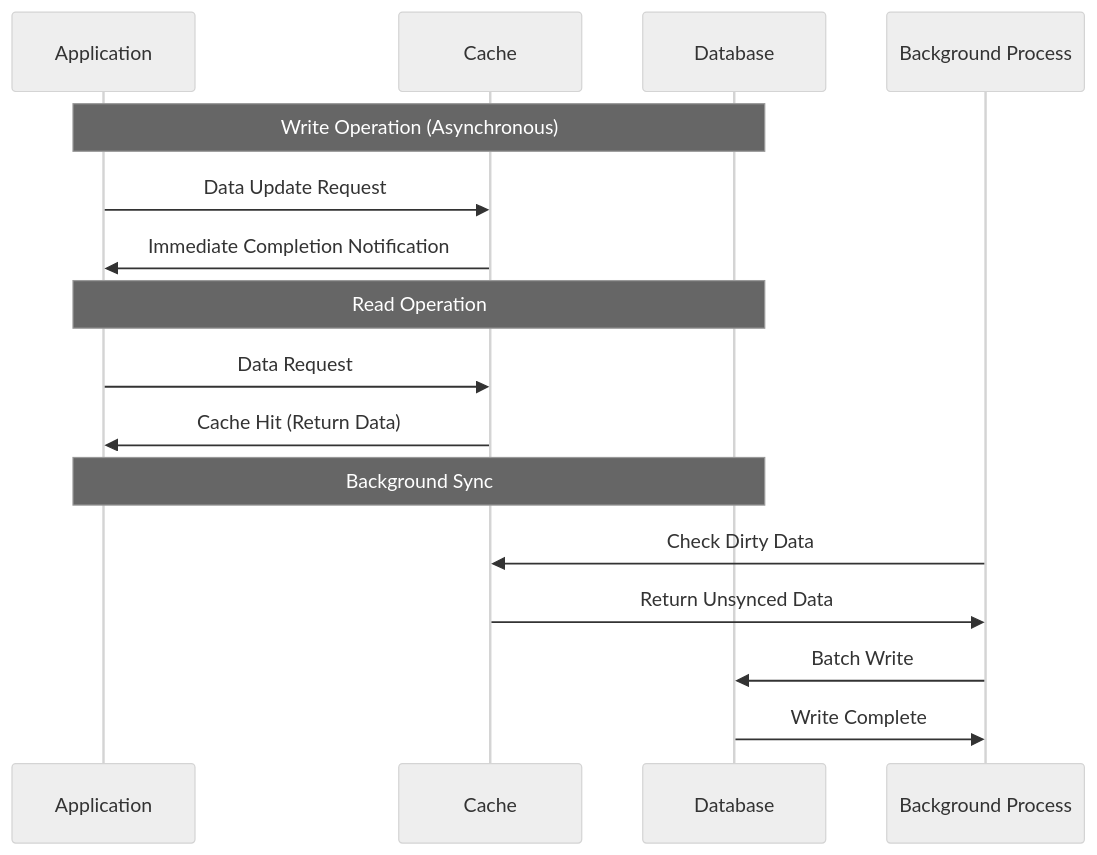
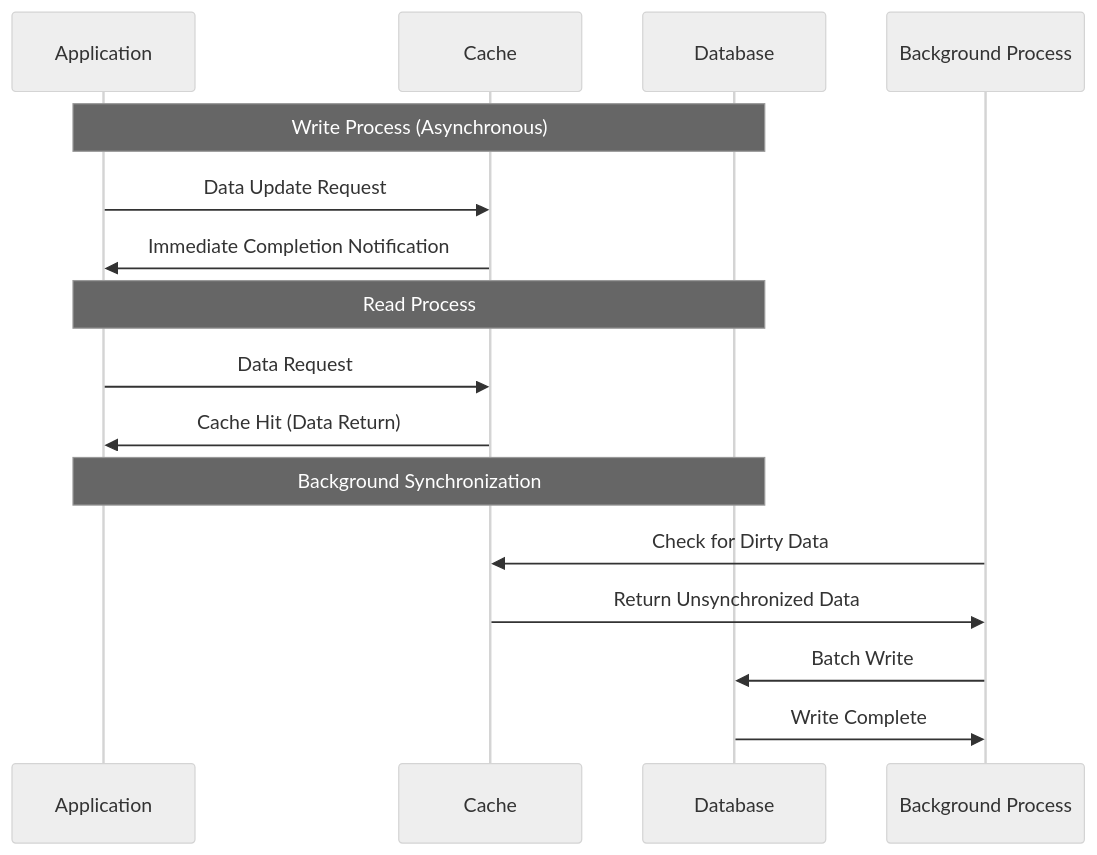
The eighth of 10 diagrams in content/en/posts/cache-strategy-patterns.md (bmf-san/bmf-tech), drawn with Mermaid (neutral theme) before and after one commit. The commit also changed other lines of this file and 989 other files, not shown here.

````diff
--- a/content/en/posts/cache-strategy-patterns.md
+++ b/content/en/posts/cache-strategy-patterns.md
@@ -200,21 +199,21 @@
 ```mermaid
 sequenceDiagram
     participant A as Application
     participant C as Cache
     participant D as Database
     participant B as Background Process
 
-    Note over A,D: Write Operation (Asynchronous)
+    Note over A,D: Write Process (Asynchronous)
     A->>C: Data Update Request
     C->>A: Immediate Completion Notification
 
-    Note over A,D: Read Operation
+    Note over A,D: Read Process
     A->>C: Data Request
-    C->>A: Cache Hit (Return Data)
+    C->>A: Cache Hit (Data Return)
 
-    Note over A,D: Background Sync
-    B->>C: Check Dirty Data
-    C->>B: Return Unsynced Data
+    Note over A,D: Background Synchronization
+    B->>C: Check for Dirty Data
+    C->>B: Return Unsynchronized Data
     B->>D: Batch Write
     D->>B: Write Complete
 ```
````
